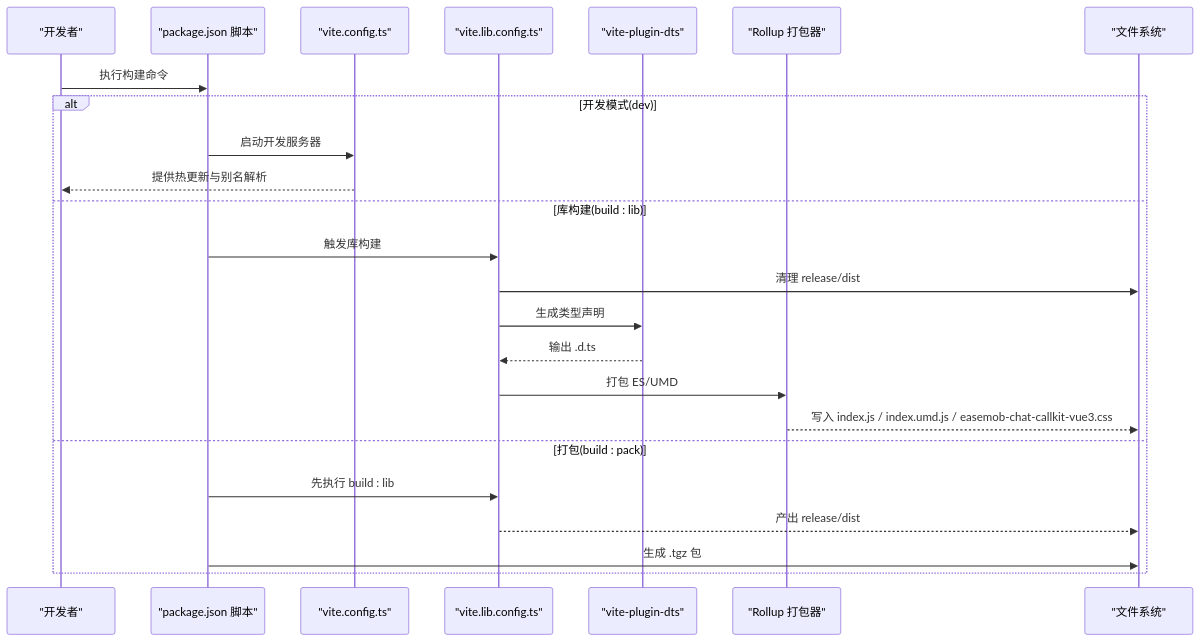
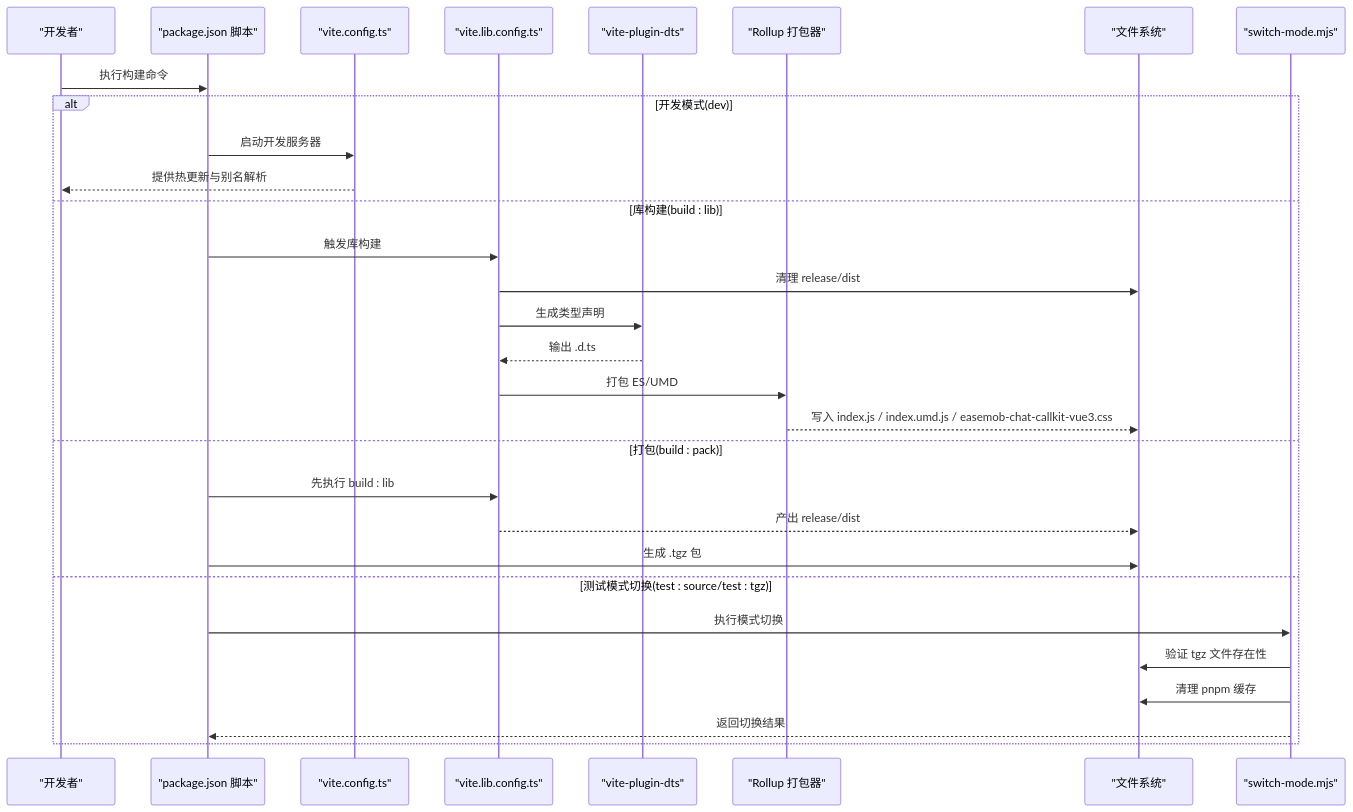
One commit to Easemob-Community/easemob-uikit-callkit-vue3 changed the second of 3 diagrams in .qoder/repowiki/zh/content/开发指南/构建流程.md. Above: the diagram before and after it, drawn with Mermaid. The commit also changed other lines of this file and 40 other files, not shown here.

````diff
--- a/.qoder/repowiki/zh/content/开发指南/构建流程.md
+++ b/.qoder/repowiki/zh/content/开发指南/构建流程.md
@@ -142,26 +155,32 @@
 ```mermaid
 sequenceDiagram
 participant Dev as "开发者"
 participant Pkg as "package.json 脚本"
 participant ViteDev as "vite.config.ts"
 participant ViteLib as "vite.lib.config.ts"
 participant DTS as "vite-plugin-dts"
 participant Rollup as "Rollup 打包器"
 participant FS as "文件系统"
+participant Switch as "switch-mode.mjs"
 Dev->>Pkg : 执行构建命令
 alt 开发模式(dev)
 Pkg->>ViteDev : 启动开发服务器
 ViteDev-->>Dev : 提供热更新与别名解析
 else 库构建(build : lib)
 Pkg->>ViteLib : 触发库构建
 ViteLib->>FS : 清理 release/dist
 ViteLib->>DTS : 生成类型声明
 DTS-->>ViteLib : 输出 .d.ts
 ViteLib->>Rollup : 打包 ES/UMD
 Rollup-->>FS : 写入 index.js / index.umd.js / easemob-chat-callkit-vue3.css
 else 打包(build : pack)
 Pkg->>ViteLib : 先执行 build : lib
 ViteLib-->>FS : 产出 release/dist
 Pkg->>FS : 生成 .tgz 包
+else 测试模式切换(test : source/test : tgz)
+Pkg->>Switch : 执行模式切换
+Switch->>FS : 验证 tgz 文件存在性
+Switch->>FS : 清理 pnpm 缓存
+Switch-->>Pkg : 返回切换结果
 end
 ```
````
